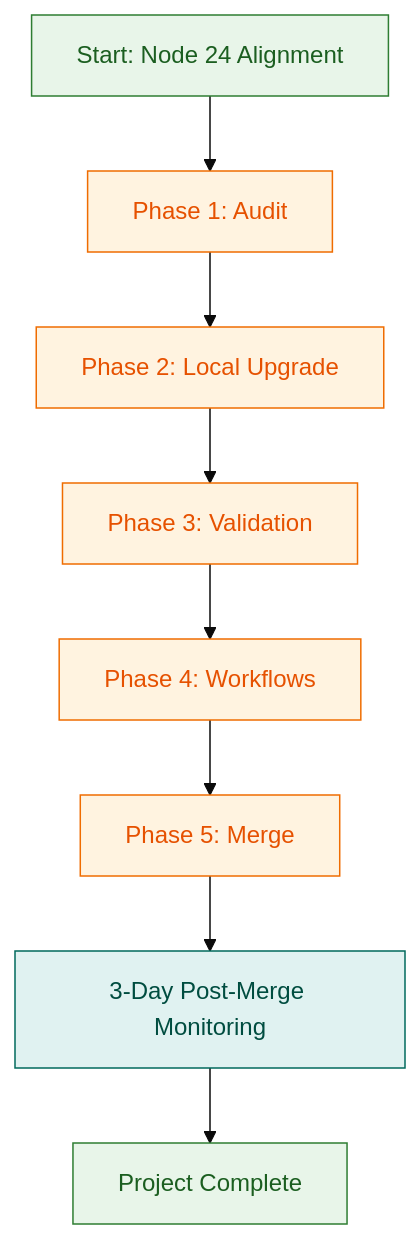
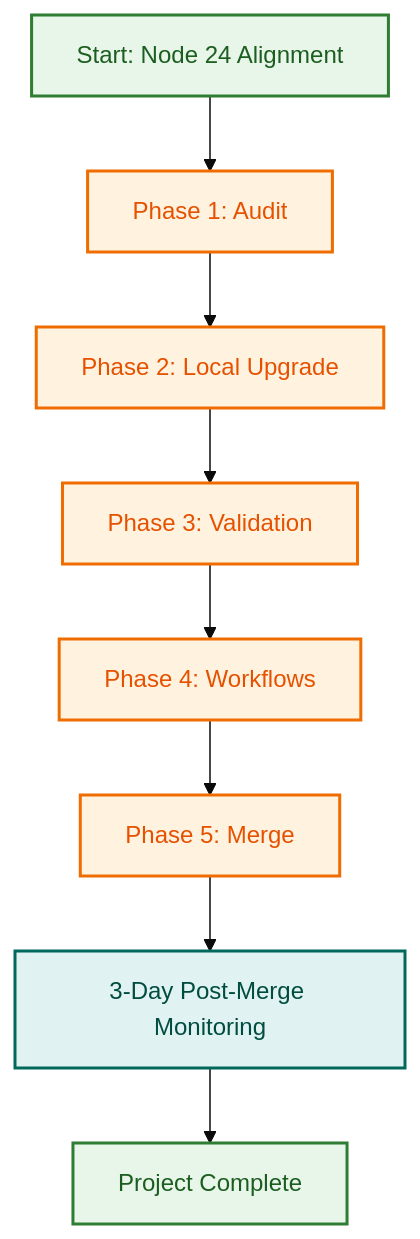
One commit to lightspeedwp/.github changed the diagram in .github/projects/active/nodejs-upgrade-2026-q4/README.md. Above: the diagram before and after it, drawn with Mermaid.

Commit message:
fix: add accessibility attributes to Mermaid diagram in Node.js 24 upgrade README
- Add accTitle and accDescr to flowchart for WCAG accessibility compliance
- Fix stroke_width to stroke-width for correct Mermaid syntax
- Resolves Mermaid diagram validation failure in PR #2447

Claude-Session: https://claude.ai/code/session_01DmCVAx4Kb1DNRKqoKakEcy

````diff
--- a/.github/projects/active/nodejs-upgrade-2026-q4/README.md
+++ b/.github/projects/active/nodejs-upgrade-2026-q4/README.md
@@ -315,26 +315,28 @@
 ```mermaid
 ---
 config:
   flowchart:
     htmlLabels: true
   theme: base
+accTitle: Node.js 24 Upgrade Workflow
+accDescr: Five-phase execution flow from start through audit, upgrade, validation, workflow standardization, merge, and post-merge monitoring to completion.
 ---
 flowchart TD
   A["Start: Node 24 Alignment"] --> B["Phase 1: Audit"]
   B --> C["Phase 2: Local Upgrade"]
   C --> D["Phase 3: Validation"]
   D --> E["Phase 4: Workflows"]
   E --> F["Phase 5: Merge"]
   F --> G["3-Day Post-Merge Monitoring"]
   G --> H["Project Complete"]
 
-  classDef start fill:#E8F5E9,stroke:#2E7D32,stroke_width:2px,color:#1B5E20;
-  classDef phase fill:#FFF3E0,stroke:#EF6C00,stroke_width:2px,color:#E65100;
-  classDef monitoring fill:#E0F2F1,stroke:#00695C,stroke_width:2px,color:#004D40;
-  classDef done fill:#E8F5E9,stroke:#2E7D32,stroke_width:2px,color:#1B5E20;
+  classDef start fill:#E8F5E9,stroke:#2E7D32,stroke-width:2px,color:#1B5E20;
+  classDef phase fill:#FFF3E0,stroke:#EF6C00,stroke-width:2px,color:#E65100;
+  classDef monitoring fill:#E0F2F1,stroke:#00695C,stroke-width:2px,color:#004D40;
+  classDef done fill:#E8F5E9,stroke:#2E7D32,stroke-width:2px,color:#1B5E20;
 
   class A start;
   class B,C,D,E,F phase;
   class G monitoring;
   class H done;
 ```
````
